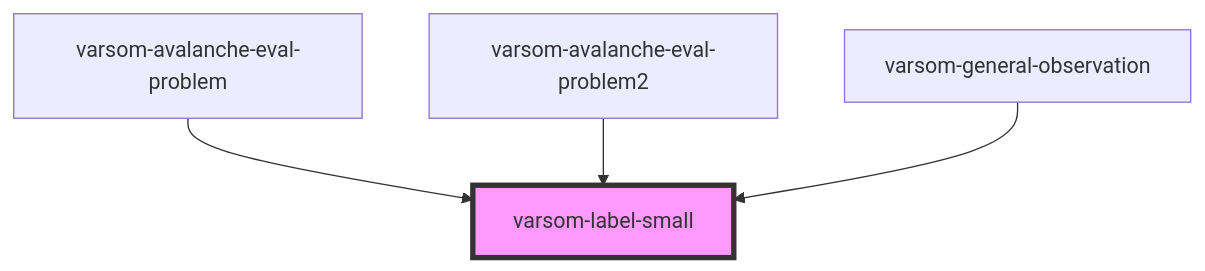
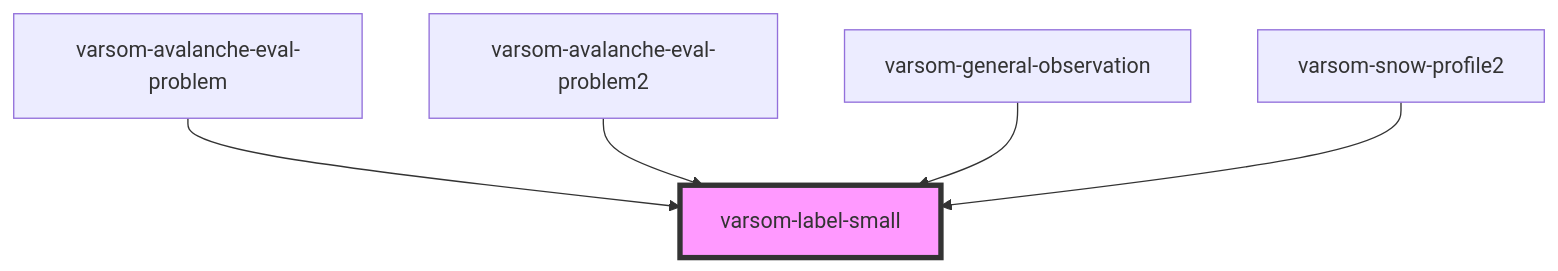
Before and after one commit to NVE/varsom-observation: the diagram in observasjonskort/src/components/varsom-label-small/readme.md, drawn with Mermaid. The commit also changed other lines of this file and 10 other files, not shown here.

````diff
--- a/observasjonskort/src/components/varsom-label-small/readme.md
+++ b/observasjonskort/src/components/varsom-label-small/readme.md
@@ -24,7 +25,8 @@
 ```mermaid
 graph TD;
   varsom-avalanche-eval-problem --> varsom-label-small
   varsom-avalanche-eval-problem2 --> varsom-label-small
   varsom-general-observation --> varsom-label-small
+  varsom-snow-profile2 --> varsom-label-small
   style varsom-label-small fill:#f9f,stroke:#333,stroke-width:4px
 ```
````
